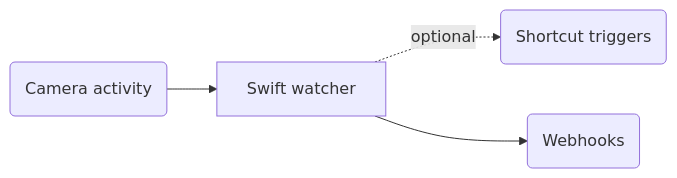
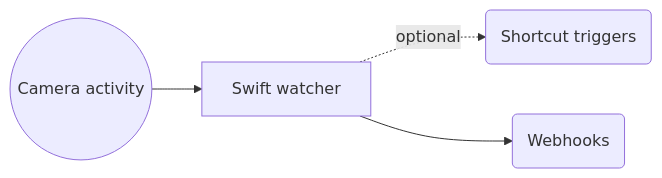
The diagram in README.md (LukaHummel/CameraWatch), drawn with Mermaid before and after one commit.

Commit message:
Fix flowchart node syntax in README
Updated the flowchart syntax for better clarity.

````diff
--- a/README.md
+++ b/README.md
@@ -62,6 +62,6 @@
 ```mermaid
 flowchart LR
-    A(Camera activity) -->B[Swift watcher]
+    A((Camera activity)) -->B[Swift watcher]
     B -. optional.-> C(Shortcut triggers)
     B --> D(Webhooks)
 ```
````
